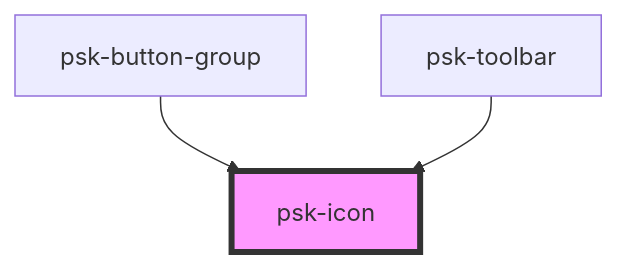
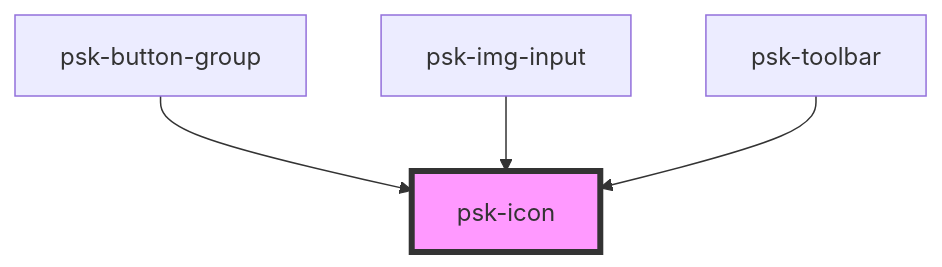
Before and after one commit to daniel-visoiu/cardinal: the diagram in src/components/psk-icon/readme.md, drawn with Mermaid. The commit also changed other lines of this file and 3 other files, not shown here.

Commit message:
added theme style to psk-img-input

````diff
--- a/src/components/psk-icon/readme.md
+++ b/src/components/psk-icon/readme.md
@@ -26,6 +27,7 @@
 ```mermaid
 graph TD;
   psk-button-group --> psk-icon
+  psk-img-input --> psk-icon
   psk-toolbar --> psk-icon
   style psk-icon fill:#f9f,stroke:#333,stroke-width:4px
 ```
````
